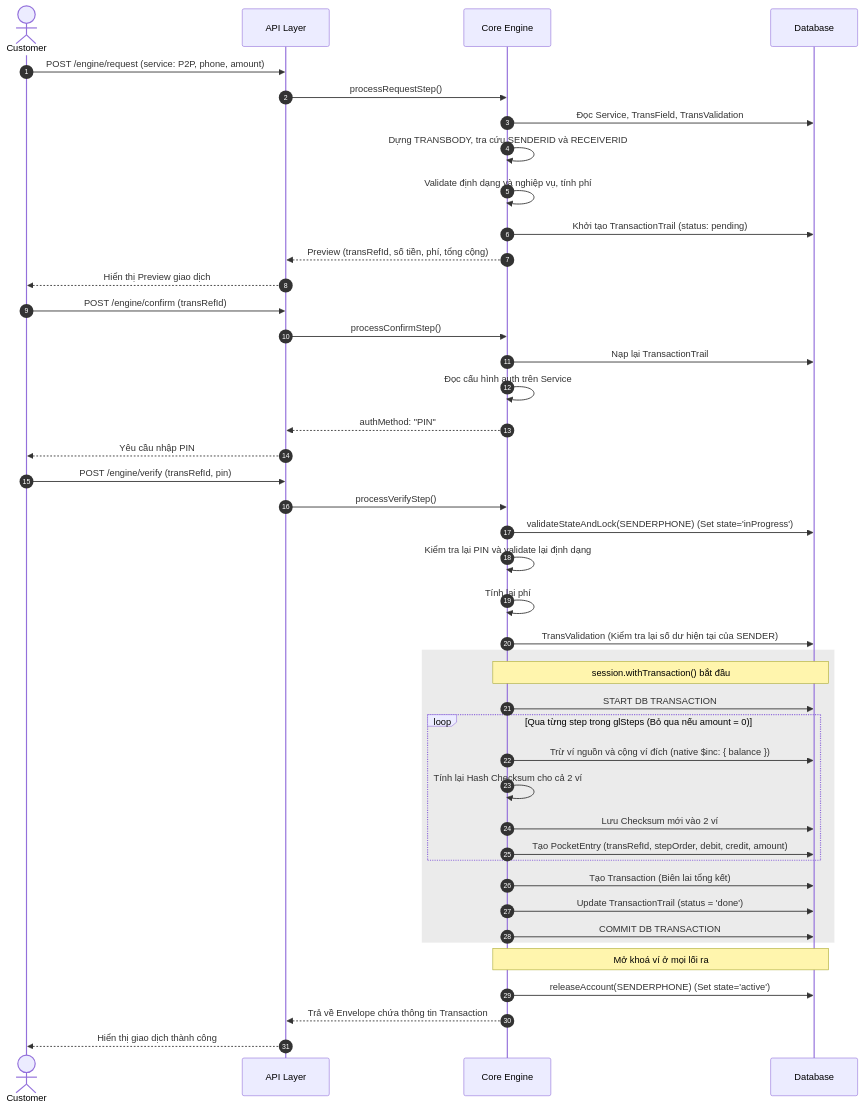
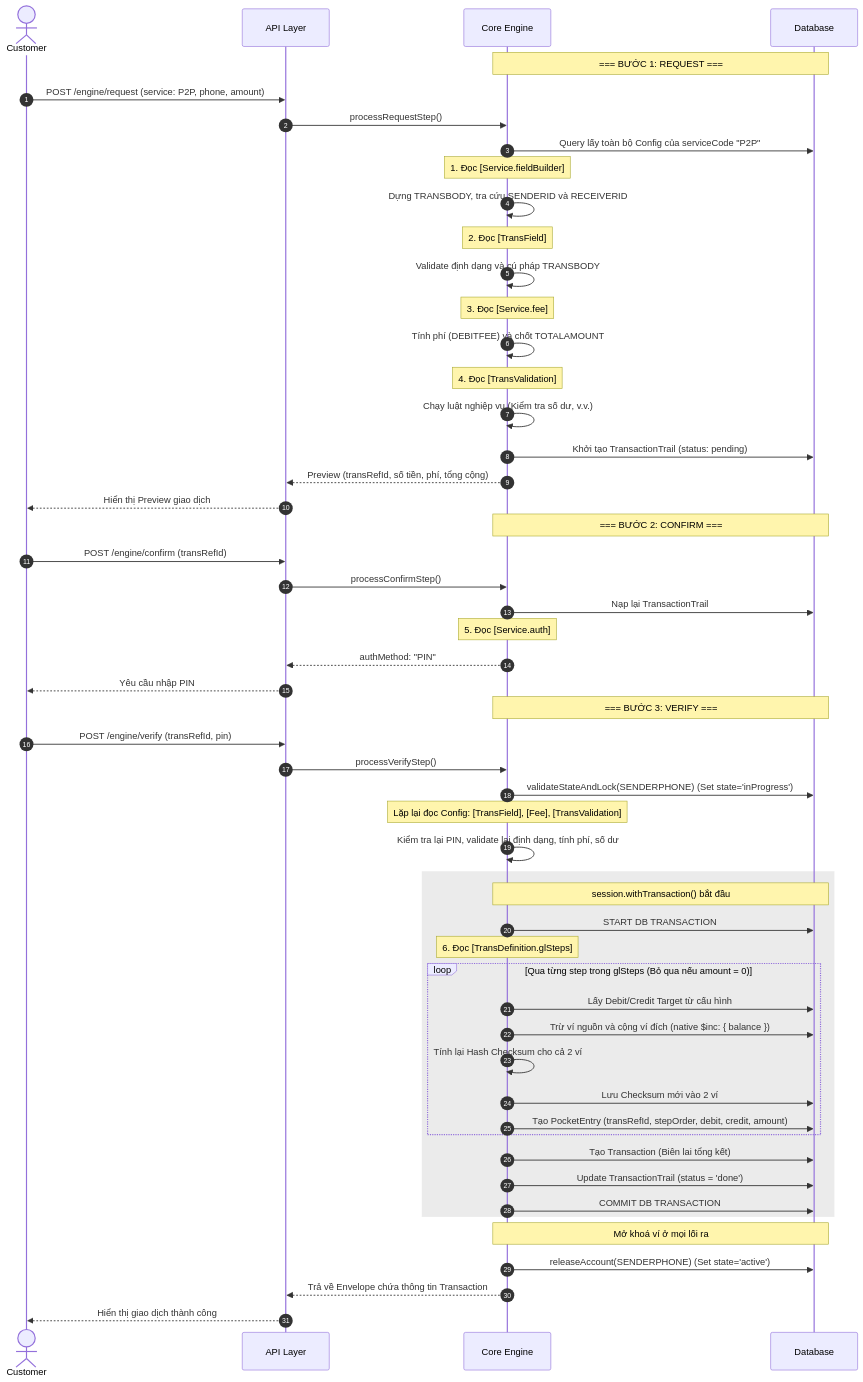
Before and after one commit to DLdevcoder/MINI-WALLET: the first of 3 diagrams in docs/Sequence diagram/Sequence.md, drawn with Mermaid. The commit also changed other lines of this file, not shown here.

Commit message:
docs: fix sequence

````diff
--- a/docs/Sequence diagram/Sequence.md
+++ b/docs/Sequence diagram/Sequence.md
@@ -29,53 +29,71 @@
 ```mermaid
 sequenceDiagram
     autonumber
     actor C as Customer
     participant A as API Layer
     participant E as Core Engine
     participant D as Database
 
     %% BƯỚC 1: REQUEST
+    Note over E,D: === BƯỚC 1: REQUEST ===
     C->>A: POST /engine/request (service: P2P, phone, amount)
     A->>E: processRequestStep()
-    E->>D: Đọc Service, TransField, TransValidation
+    E->>D: Query lấy toàn bộ Config của serviceCode "P2P"
+
+    Note over E: 1. Đọc [Service.fieldBuilder]
     E->>E: Dựng TRANSBODY, tra cứu SENDERID và RECEIVERID
-    E->>E: Validate định dạng và nghiệp vụ, tính phí
+
+    Note over E: 2. Đọc [TransField]
+    E->>E: Validate định dạng và cú pháp TRANSBODY
+
+    Note over E: 3. Đọc [Service.fee]
+    E->>E: Tính phí (DEBITFEE) và chốt TOTALAMOUNT
+
+    Note over E: 4. Đọc [TransValidation]
+    E->>E: Chạy luật nghiệp vụ (Kiểm tra số dư, v.v.)
+
     E->>D: Khởi tạo TransactionTrail (status: pending)
     E-->>A: Preview (transRefId, số tiền, phí, tổng cộng)
     A-->>C: Hiển thị Preview giao dịch
 
     %% BƯỚC 2: CONFIRM
+    Note over E,D: === BƯỚC 2: CONFIRM ===
     C->>A: POST /engine/confirm (transRefId)
     A->>E: processConfirmStep()
     E->>D: Nạp lại TransactionTrail
-    E->>E: Đọc cấu hình auth trên Service
+
+    Note over E: 5. Đọc [Service.auth]
     E-->>A: authMethod: "PIN"
     A-->>C: Yêu cầu nhập PIN
 
     %% BƯỚC 3: VERIFY
+    Note over E,D: === BƯỚC 3: VERIFY ===
     C->>A: POST /engine/verify (transRefId, pin)
     A->>E: processVerifyStep()
     E->>D: validateStateAndLock(SENDERPHONE) (Set state='inProgress')
-    E->>E: Kiểm tra lại PIN và validate lại định dạng
-    E->>E: Tính lại phí
-    E->>D: TransValidation (Kiểm tra lại số dư hiện tại của SENDER)
+
+    Note over E: Lặp lại đọc Config: [TransField], [Fee], [TransValidation]
+    E->>E: Kiểm tra lại PIN, validate lại định dạng, tính phí, số dư
 
     rect rgba(120, 120, 120, 0.15)
         Note over E,D: session.withTransaction() bắt đầu
         E->>D: START DB TRANSACTION
+
+        Note over E: 6. Đọc [TransDefinition.glSteps]
         loop Qua từng step trong glSteps (Bỏ qua nếu amount = 0)
+            E->>D: Lấy Debit/Credit Target từ cấu hình
             E->>D: Trừ ví nguồn và cộng ví đích (native $inc: { balance })
             E->>E: Tính lại Hash Checksum cho cả 2 ví
             E->>D: Lưu Checksum mới vào 2 ví
             E->>D: Tạo PocketEntry (transRefId, stepOrder, debit, credit, amount)
         end
         E->>D: Tạo Transaction (Biên lai tổng kết)
         E->>D: Update TransactionTrail (status = 'done')
         E->>D: COMMIT DB TRANSACTION
     end
 
     Note over E,D: Mở khoá ví ở mọi lối ra
     E->>D: releaseAccount(SENDERPHONE) (Set state='active')
     E-->>A: Trả về Envelope chứa thông tin Transaction
     A-->>C: Hiển thị giao dịch thành công
 ```
````
